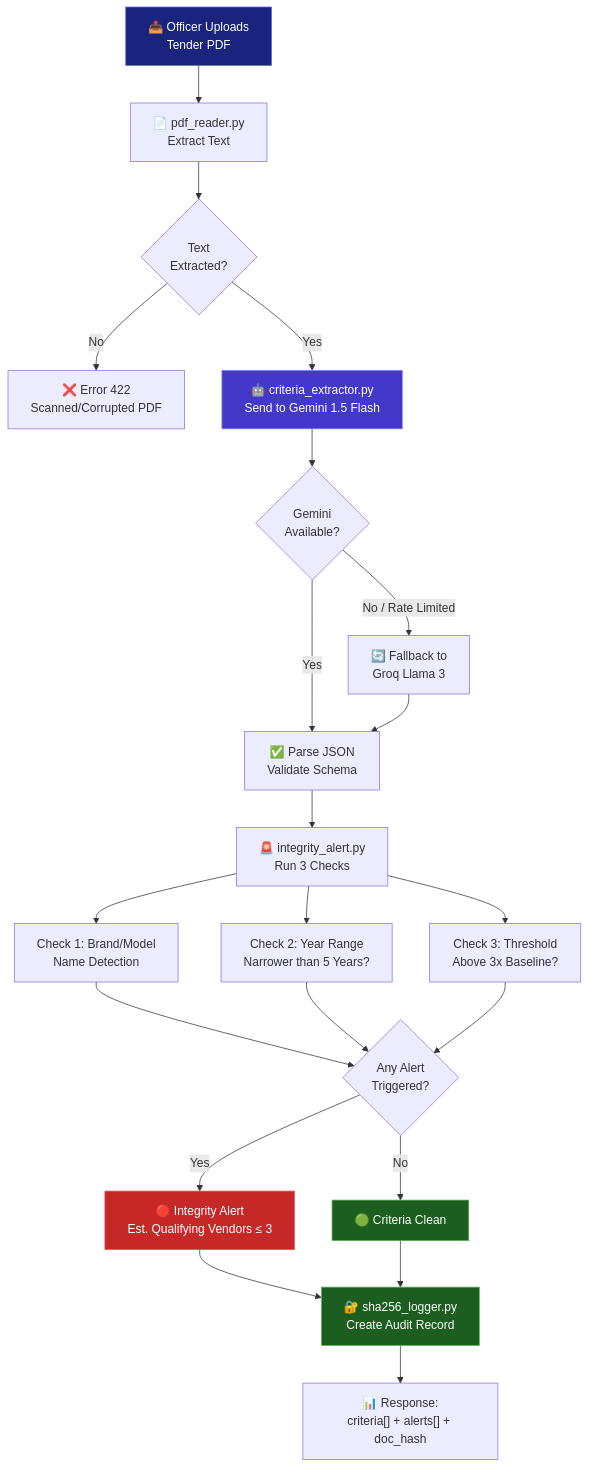
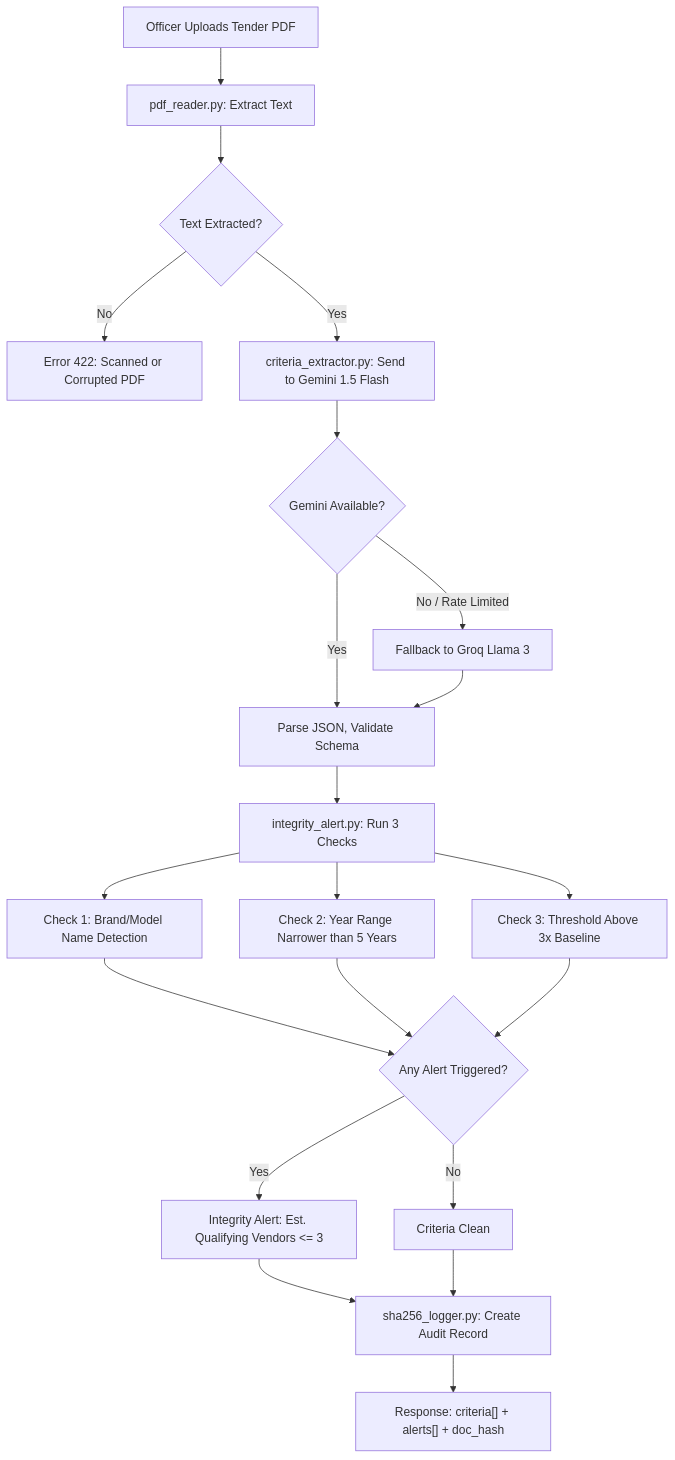
Before and after one commit to SIBAM890/Nyayadarsi: the second of 6 diagrams in README.md, drawn with Mermaid. The commit also changed other lines of this file, not shown here.

Commit message:
docs: update README with refreshed architecture, project details, and workflow diagrams

````diff
--- a/README.md
+++ b/README.md
@@ -118,26 +110,20 @@
 ```mermaid
 flowchart TD
-    A["📤 Officer Uploads<br/>Tender PDF"] --> B["📄 pdf_reader.py<br/>Extract Text"]
-    B --> C{"Text<br/>Extracted?"}
-    C -->|No| D["❌ Error 422<br/>Scanned/Corrupted PDF"]
-    C -->|Yes| E["🤖 criteria_extractor.py<br/>Send to Gemini 1.5 Flash"]
-    E --> F{"Gemini<br/>Available?"}
-    F -->|Yes| G["✅ Parse JSON<br/>Validate Schema"]
-    F -->|No / Rate Limited| H["🔄 Fallback to<br/>Groq Llama 3"]
+    A["Officer Uploads Tender PDF"] --> B["pdf_reader.py: Extract Text"]
+    B --> C{"Text Extracted?"}
+    C -->|No| D["Error 422: Scanned or Corrupted PDF"]
+    C -->|Yes| E["criteria_extractor.py: Send to Gemini 1.5 Flash"]
+    E --> F{"Gemini Available?"}
+    F -->|Yes| G["Parse JSON, Validate Schema"]
+    F -->|No / Rate Limited| H["Fallback to Groq Llama 3"]
     H --> G
-    G --> I["🚨 integrity_alert.py<br/>Run 3 Checks"]
-    I --> J["Check 1: Brand/Model<br/>Name Detection"]
-    I --> K["Check 2: Year Range<br/>Narrower than 5 Years?"]
-    I --> L["Check 3: Threshold<br/>Above 3x Baseline?"]
-    J & K & L --> M{"Any Alert<br/>Triggered?"}
-    M -->|Yes| N["🔴 Integrity Alert<br/>Est. Qualifying Vendors ≤ 3"]
-    M -->|No| O["🟢 Criteria Clean"]
-    N & O --> P["🔐 sha256_logger.py<br/>Create Audit Record"]
-    P --> Q["📊 Response:<br/>criteria[] + alerts[] + doc_hash"]
-
-    style A fill:#1a237e,stroke:#6366f1,color:#fff
-    style E fill:#4338ca,stroke:#818cf8,color:#fff
-    style N fill:#c62828,stroke:#ef5350,color:#fff
-    style O fill:#1b5e20,stroke:#4caf50,color:#fff
-    style P fill:#1b5e20,stroke:#66bb6a,color:#fff
+    G --> I["integrity_alert.py: Run 3 Checks"]
+    I --> J["Check 1: Brand/Model Name Detection"]
+    I --> K["Check 2: Year Range Narrower than 5 Years"]
+    I --> L["Check 3: Threshold Above 3x Baseline"]
+    J & K & L --> M{"Any Alert Triggered?"}
+    M -->|Yes| N["Integrity Alert: Est. Qualifying Vendors <= 3"]
+    M -->|No| O["Criteria Clean"]
+    N & O --> P["sha256_logger.py: Create Audit Record"]
+    P --> Q["Response: criteria[] + alerts[] + doc_hash"]
 ```
````
